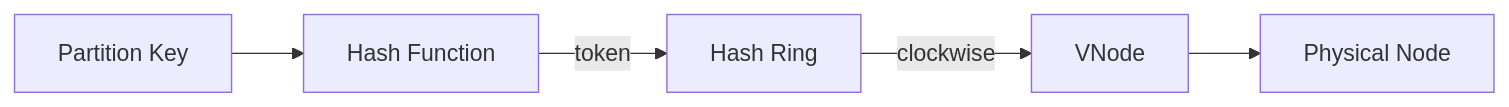
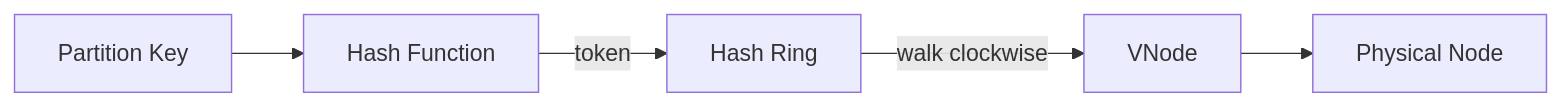
Before and after one commit to limainfo/guia-design-sistema-ti: the second of 11 diagrams in 02-technologies/02-database-cassandra/README.md, drawn with Mermaid. The commit also changed other lines of this file, not shown here.

````diff
--- a/02-technologies/02-database-cassandra/README.md
+++ b/02-technologies/02-database-cassandra/README.md
@@ -162,7 +185,7 @@
 ```mermaid
 flowchart LR
     K[Partition Key] --> H[Hash Function]
     H -->|token| R[Hash Ring]
-    R -->|clockwise| V[VNode]
+    R -->|walk clockwise| V[VNode]
     V --> P[Physical Node]
 ```
````
